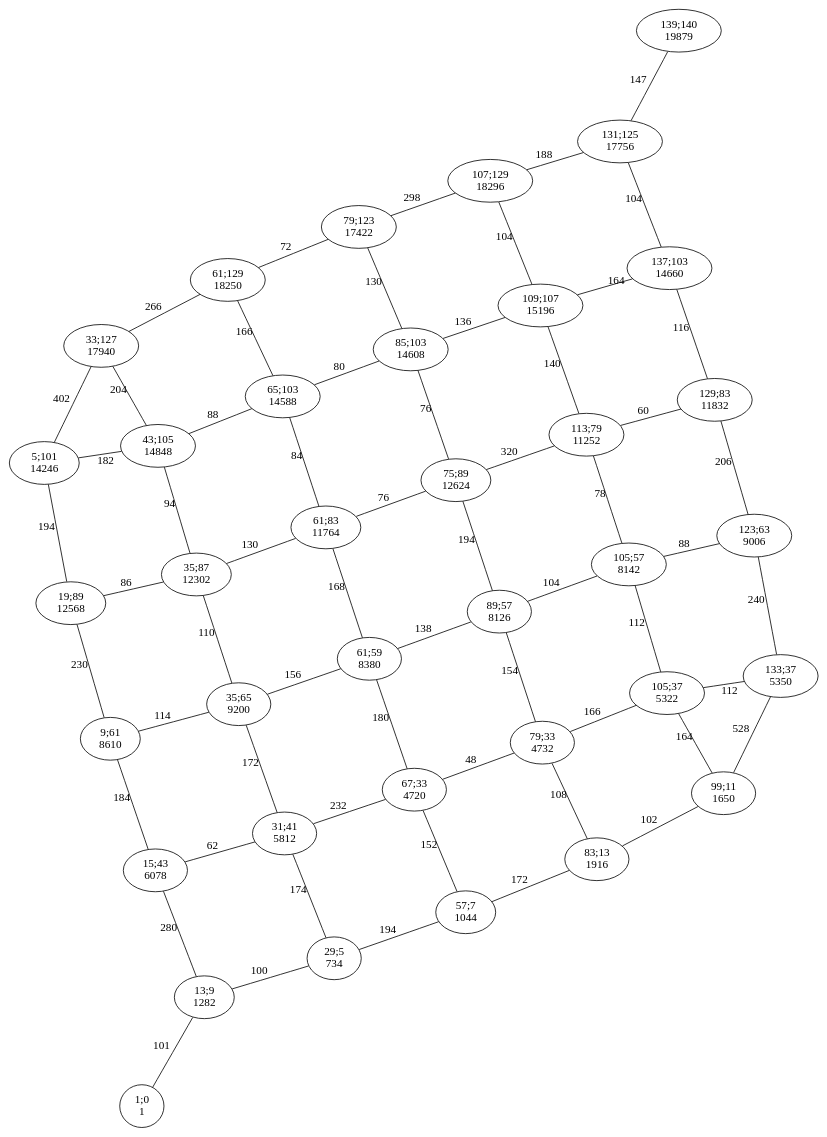
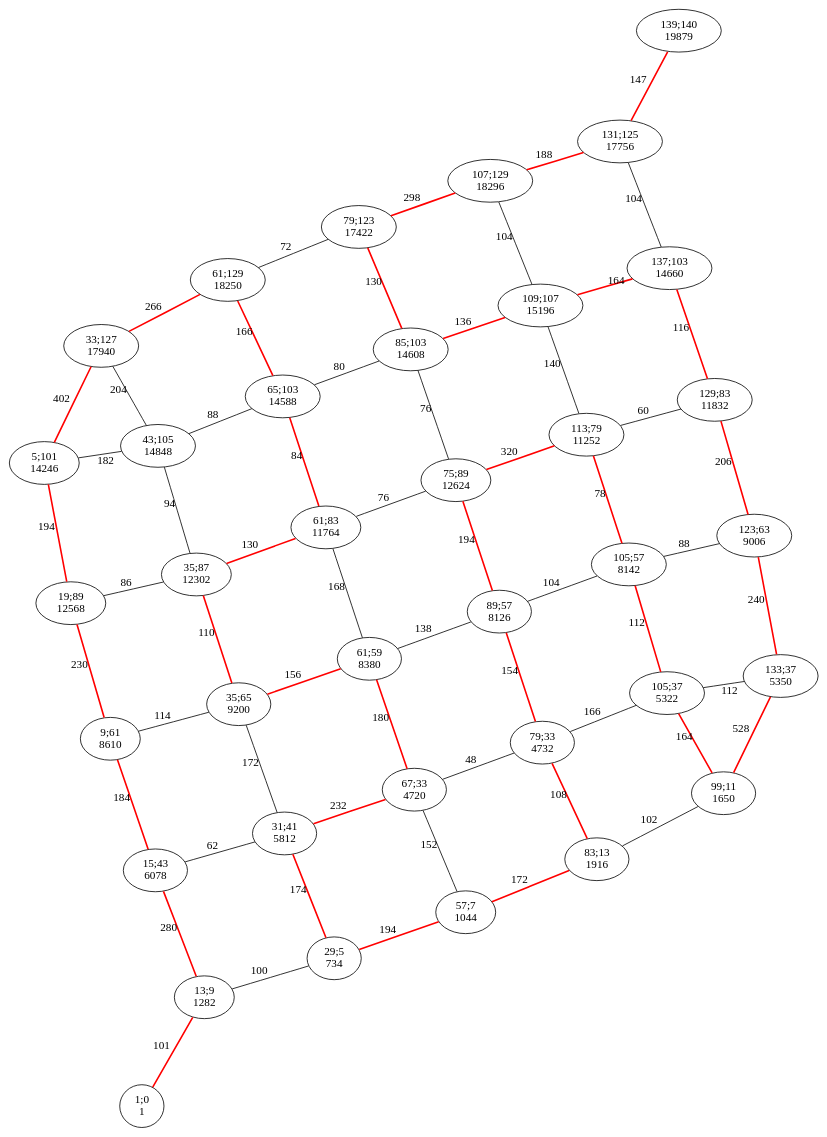
The diagram in 23/B.dot (CodedSakura/AoC2023), drawn with Graphviz before and after one commit. The commit also changed 2 other files, not shown here.

```diff
--- a/23/B.dot
+++ b/23/B.dot
@@ -1,38 +1,38 @@
 graph {layout=neato; model=mds; edge [len=2]
-1 [label="1;0\n1"]; 1 -- 1282 [label=101];
-1282 [label="13;9\n1282"]; 1282 -- 6078 [label=280];
-734 [label="29;5\n734"]; 734 -- 1282 [label=100]; 734 -- 1044 [label=194]; 734 -- 5812 [label=174];
-6078 [label="15;43\n6078"]; 6078 -- 8610 [label=184];
-1044 [label="57;7\n1044"]; 1044 -- 1916 [label=172]; 1044 -- 4720 [label=152];
+1 [label="1;0\n1"]; 1 -- 1282 [label=101 color=red penwidth=2];
+1282 [label="13;9\n1282"]; 1282 -- 6078 [label=280 color=red penwidth=2];
+734 [label="29;5\n734"]; 734 -- 1282 [label=100]; 734 -- 1044 [label=194 color=red penwidth=2]; 734 -- 5812 [label=174 color=red penwidth=2];
+6078 [label="15;43\n6078"]; 6078 -- 8610 [label=184 color=red penwidth=2];
+1044 [label="57;7\n1044"]; 1044 -- 1916 [label=172 color=red penwidth=2]; 1044 -- 4720 [label=152];
 5812 [label="31;41\n5812"]; 5812 -- 6078 [label=62]; 5812 -- 9200 [label=172];
-8610 [label="9;61\n8610"]; 8610 -- 9200 [label=114]; 8610 -- 12568 [label=230];
-1916 [label="83;13\n1916"]; 1916 -- 4732 [label=108];
-4720 [label="67;33\n4720"]; 4720 -- 5812 [label=232]; 4720 -- 4732 [label=48]; 4720 -- 8380 [label=180];
-9200 [label="35;65\n9200"]; 9200 -- 12302 [label=110];
-12568 [label="19;89\n12568"]; 12568 -- 14246 [label=194];
-1650 [label="99;11\n1650"]; 1650 -- 1916 [label=102]; 1650 -- 5350 [label=528]; 1650 -- 5322 [label=164];
-4732 [label="79;33\n4732"]; 4732 -- 5322 [label=166]; 4732 -- 8126 [label=154];
-8380 [label="61;59\n8380"]; 8380 -- 9200 [label=156]; 8380 -- 11764 [label=168];
+8610 [label="9;61\n8610"]; 8610 -- 9200 [label=114]; 8610 -- 12568 [label=230 color=red penwidth=2];
+1916 [label="83;13\n1916"]; 1916 -- 4732 [label=108 color=red penwidth=2];
+4720 [label="67;33\n4720"]; 4720 -- 5812 [label=232 color=red penwidth=2]; 4720 -- 4732 [label=48]; 4720 -- 8380 [label=180 color=red penwidth=2];
+9200 [label="35;65\n9200"]; 9200 -- 12302 [label=110 color=red penwidth=2];
+12568 [label="19;89\n12568"]; 12568 -- 14246 [label=194 color=red penwidth=2];
+1650 [label="99;11\n1650"]; 1650 -- 1916 [label=102]; 1650 -- 5350 [label=528 color=red penwidth=2]; 1650 -- 5322 [label=164 color=red penwidth=2];
+4732 [label="79;33\n4732"]; 4732 -- 5322 [label=166]; 4732 -- 8126 [label=154 color=red penwidth=2];
+8380 [label="61;59\n8380"]; 8380 -- 9200 [label=156 color=red penwidth=2]; 8380 -- 11764 [label=168];
 12302 [label="35;87\n12302"]; 12302 -- 12568 [label=86]; 12302 -- 14848 [label=94];
-14246 [label="5;101\n14246"]; 14246 -- 14848 [label=182]; 14246 -- 17940 [label=402];
-5350 [label="133;37\n5350"]; 5350 -- 9006 [label=240];
-5322 [label="105;37\n5322"]; 5322 -- 5350 [label=112]; 5322 -- 8142 [label=112];
-8126 [label="89;57\n8126"]; 8126 -- 8380 [label=138]; 8126 -- 8142 [label=104]; 8126 -- 12624 [label=194];
-11764 [label="61;83\n11764"]; 11764 -- 12302 [label=130]; 11764 -- 12624 [label=76]; 11764 -- 14588 [label=84];
+14246 [label="5;101\n14246"]; 14246 -- 14848 [label=182]; 14246 -- 17940 [label=402 color=red penwidth=2];
+5350 [label="133;37\n5350"]; 5350 -- 9006 [label=240 color=red penwidth=2];
+5322 [label="105;37\n5322"]; 5322 -- 5350 [label=112]; 5322 -- 8142 [label=112 color=red penwidth=2];
+8126 [label="89;57\n8126"]; 8126 -- 8380 [label=138]; 8126 -- 8142 [label=104]; 8126 -- 12624 [label=194 color=red penwidth=2];
+11764 [label="61;83\n11764"]; 11764 -- 12302 [label=130 color=red penwidth=2]; 11764 -- 12624 [label=76]; 11764 -- 14588 [label=84 color=red penwidth=2];
 14848 [label="43;105\n14848"]; 14848 -- 17940 [label=204];
-17940 [label="33;127\n17940"]; 17940 -- 18250 [label=266];
-9006 [label="123;63\n9006"]; 9006 -- 11832 [label=206];
-8142 [label="105;57\n8142"]; 8142 -- 9006 [label=88]; 8142 -- 11252 [label=78];
+17940 [label="33;127\n17940"]; 17940 -- 18250 [label=266 color=red penwidth=2];
+9006 [label="123;63\n9006"]; 9006 -- 11832 [label=206 color=red penwidth=2];
+8142 [label="105;57\n8142"]; 8142 -- 9006 [label=88]; 8142 -- 11252 [label=78 color=red penwidth=2];
 12624 [label="75;89\n12624"]; 12624 -- 14608 [label=76];
-14588 [label="65;103\n14588"]; 14588 -- 14848 [label=88]; 14588 -- 14608 [label=80]; 14588 -- 18250 [label=166];
+14588 [label="65;103\n14588"]; 14588 -- 14848 [label=88]; 14588 -- 14608 [label=80]; 14588 -- 18250 [label=166 color=red penwidth=2];
 18250 [label="61;129\n18250"]; 
-11832 [label="129;83\n11832"]; 11832 -- 14660 [label=116];
-11252 [label="113;79\n11252"]; 11252 -- 12624 [label=320]; 11252 -- 11832 [label=60]; 11252 -- 15196 [label=140];
-14608 [label="85;103\n14608"]; 14608 -- 15196 [label=136]; 14608 -- 17422 [label=130];
-17422 [label="79;123\n17422"]; 17422 -- 18250 [label=72]; 17422 -- 18296 [label=298];
-14660 [label="137;103\n14660"]; 14660 -- 15196 [label=164]; 14660 -- 17756 [label=104];
+11832 [label="129;83\n11832"]; 11832 -- 14660 [label=116 color=red penwidth=2];
+11252 [label="113;79\n11252"]; 11252 -- 12624 [label=320 color=red penwidth=2]; 11252 -- 11832 [label=60]; 11252 -- 15196 [label=140];
+14608 [label="85;103\n14608"]; 14608 -- 15196 [label=136 color=red penwidth=2]; 14608 -- 17422 [label=130 color=red penwidth=2];
+17422 [label="79;123\n17422"]; 17422 -- 18250 [label=72]; 17422 -- 18296 [label=298 color=red penwidth=2];
+14660 [label="137;103\n14660"]; 14660 -- 15196 [label=164 color=red penwidth=2]; 14660 -- 17756 [label=104];
 15196 [label="109;107\n15196"]; 15196 -- 18296 [label=104];
 18296 [label="107;129\n18296"]; 
-17756 [label="131;125\n17756"]; 17756 -- 18296 [label=188]; 17756 -- 19879 [label=147];
+17756 [label="131;125\n17756"]; 17756 -- 18296 [label=188 color=red penwidth=2]; 17756 -- 19879 [label=147 color=red penwidth=2];
 19879 [label="139;140\n19879"]; 
 }
```
